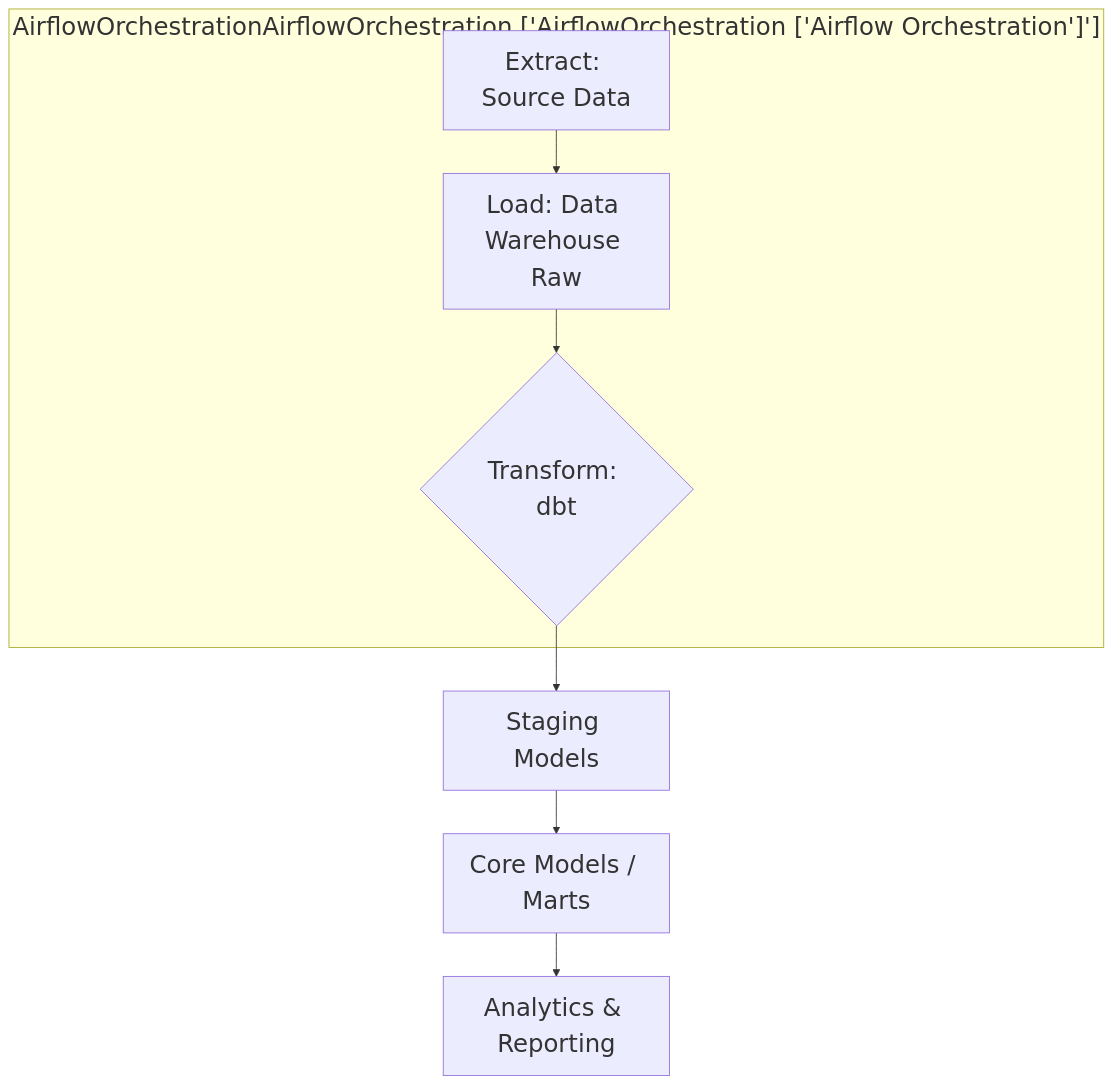
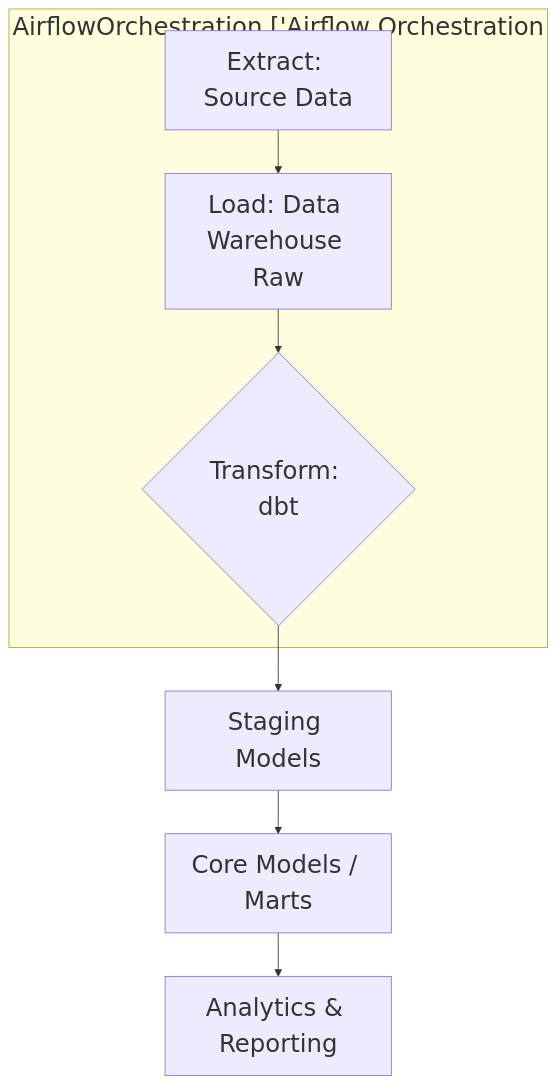
Before and after one commit to j4flmao/agent-skills: the diagram in skills/data/etl-pipelines/SKILL.md, drawn with Mermaid. The commit also changed 38 other files, not shown here.

Commit message:
style(skills): Add padding to Mermaid subgraphs to prevent label overlap with nodes

````diff
--- a/skills/data/etl-pipelines/SKILL.md
+++ b/skills/data/etl-pipelines/SKILL.md
@@ -10,15 +10,15 @@
 ```mermaid
 %%{init: {"theme": "default", "themeVariables": {"fontSize": "28px"}, "flowchart": {"useMaxWidth": false}}}%%
 flowchart TD
     A[Extract: Source Data] --> B[Load: Data Warehouse Raw]
     B --> C{Transform: dbt}
     C --> D[Staging Models]
     D --> E[Core Models / Marts]
     E --> F[Analytics & Reporting]
     
-    subgraph AirflowOrchestrationAirflowOrchestrationAirflowOrchestrationAirflowOrchestration ["AirflowOrchestrationAirflowOrchestration ['AirflowOrchestration ['Airflow Orchestration']']"]
+    subgraph AirflowOrchestrationAirflowOrchestrationAirflowOrchestrationAirflowOrchestration ["AirflowOrchestration ['Airflow Orchestration<br/>"]
     A
     B
     C
     end
 ```
````
